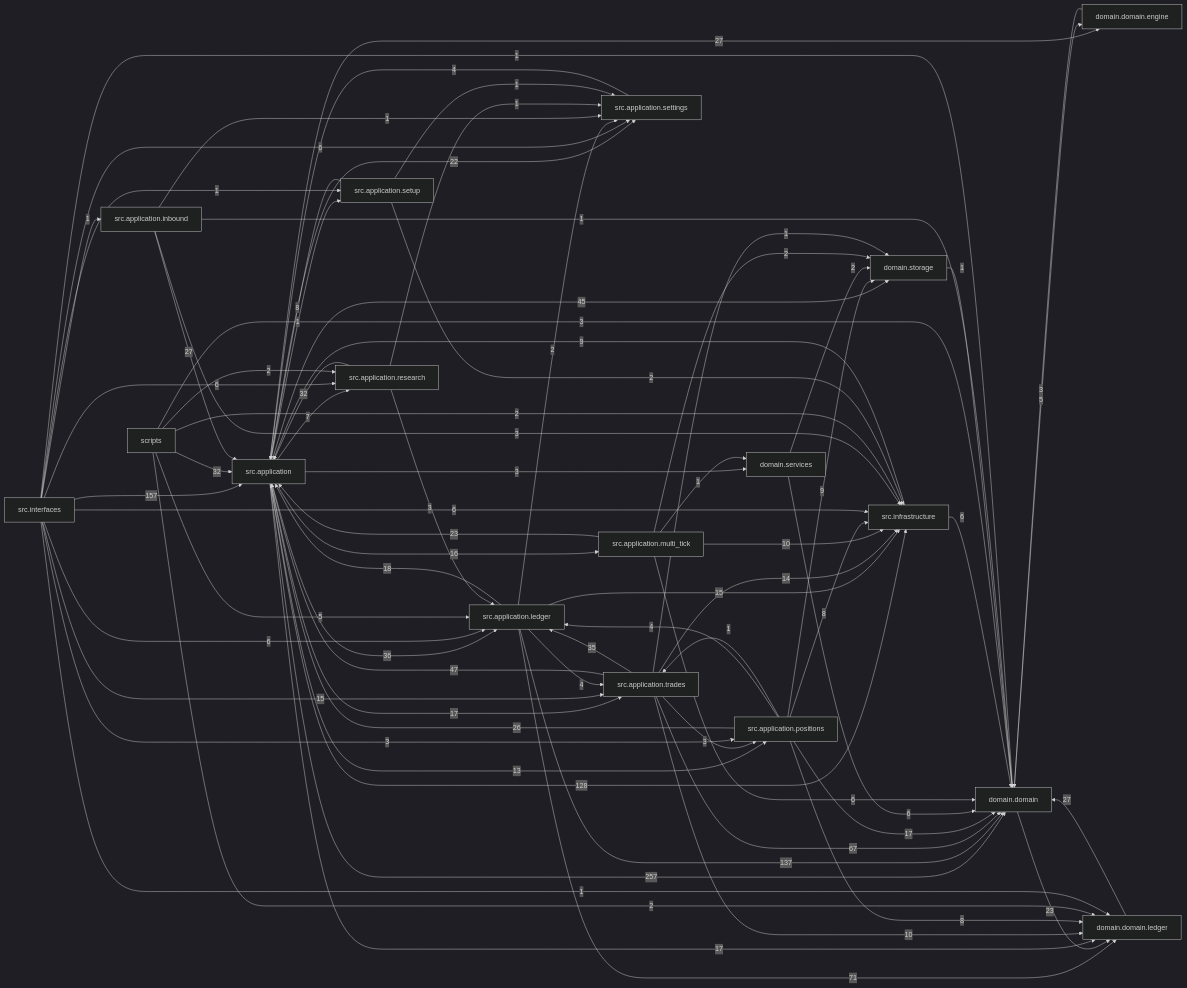
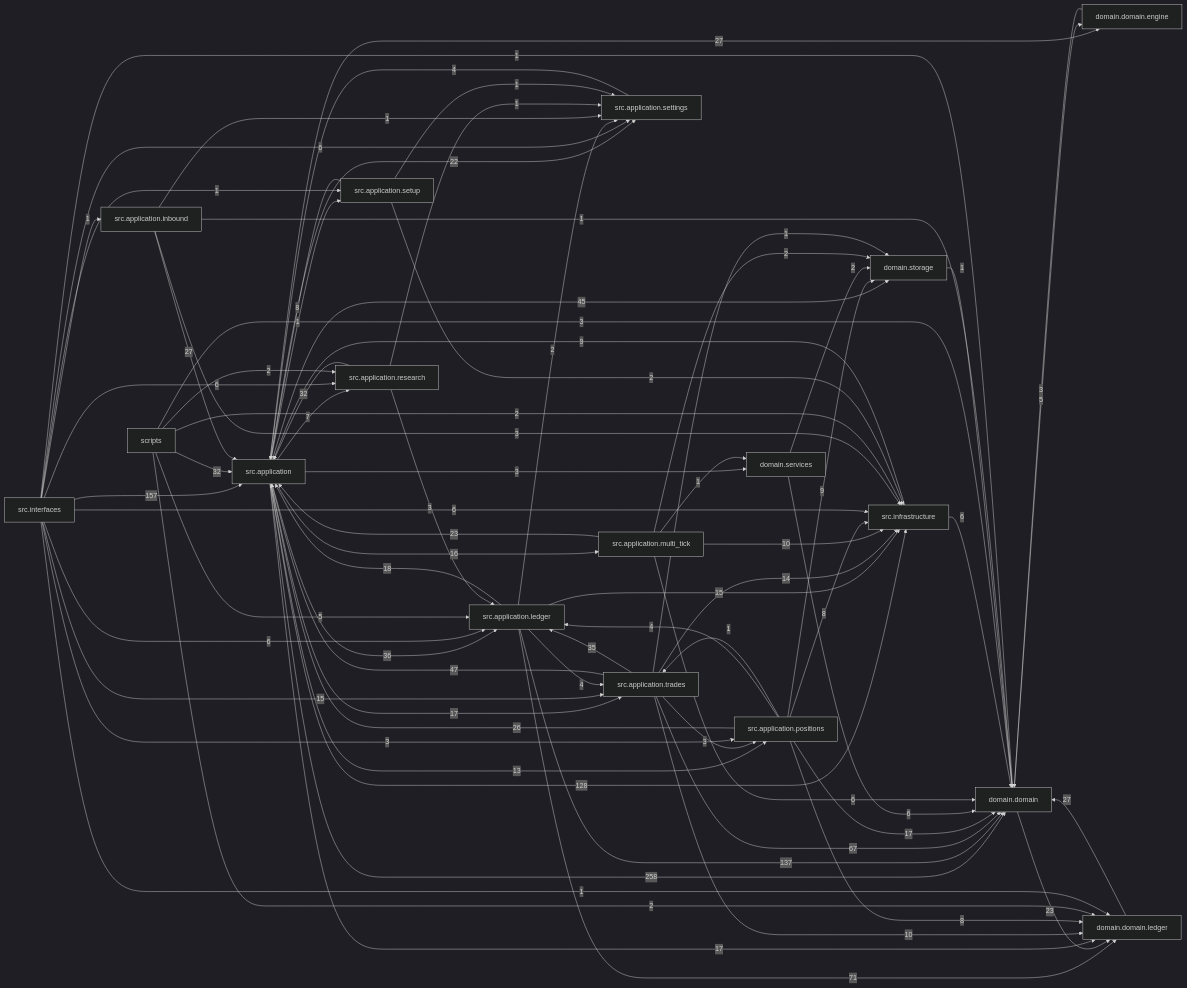
Before and after one commit to liuxie066/options-monitor: the diagram in docs/dependency_graph.mmd, drawn with Mermaid (dark theme). The commit also changed 14 other files, not shown here.

```diff
--- a/docs/dependency_graph.mmd
+++ b/docs/dependency_graph.mmd
@@ -1,76 +1,76 @@
 flowchart LR
-  src_application["src.application"] -->|257| domain_domain["domain.domain"]
+  src_application["src.application"] -->|258| domain_domain["domain.domain"]
   src_interfaces["src.interfaces"] -->|157| src_application["src.application"]
   src_application_ledger["src.application.ledger"] -->|137| domain_domain["domain.domain"]
   src_application["src.application"] -->|128| src_infrastructure["src.infrastructure"]
   src_application_ledger["src.application.ledger"] -->|71| domain_domain_ledger["domain.domain.ledger"]
   src_application_trades["src.application.trades"] -->|67| domain_domain["domain.domain"]
   src_application_trades["src.application.trades"] -->|47| src_application["src.application"]
   src_application["src.application"] -->|45| domain_storage["domain.storage"]
   src_application["src.application"] -->|36| src_application_ledger["src.application.ledger"]
   src_application_trades["src.application.trades"] -->|35| src_application_ledger["src.application.ledger"]
   scripts["scripts"] -->|32| src_application["src.application"]
   src_application_research["src.application.research"] -->|32| src_application["src.application"]
   domain_domain_ledger["domain.domain.ledger"] -->|27| domain_domain["domain.domain"]
   src_application["src.application"] -->|27| domain_domain_engine["domain.domain.engine"]
   src_application_inbound["src.application.inbound"] -->|27| src_application["src.application"]
   src_application_positions["src.application.positions"] -->|26| src_application["src.application"]
   domain_domain["domain.domain"] -->|23| domain_domain_ledger["domain.domain.ledger"]
   src_application_multi_tick["src.application.multi_tick"] -->|23| src_application["src.application"]
   src_application["src.application"] -->|22| src_application_settings["src.application.settings"]
   src_application_ledger["src.application.ledger"] -->|18| src_application["src.application"]
   src_application["src.application"] -->|17| domain_domain_ledger["domain.domain.ledger"]
   src_application["src.application"] -->|17| src_application_trades["src.application.trades"]
   src_application_positions["src.application.positions"] -->|17| domain_domain["domain.domain"]
   src_application["src.application"] -->|16| src_application_multi_tick["src.application.multi_tick"]
   src_application_ledger["src.application.ledger"] -->|15| src_infrastructure["src.infrastructure"]
   src_interfaces["src.interfaces"] -->|15| src_application_trades["src.application.trades"]
   src_application_trades["src.application.trades"] -->|14| src_infrastructure["src.infrastructure"]
   src_application["src.application"] -->|13| src_application_positions["src.application.positions"]
   src_application_multi_tick["src.application.multi_tick"] -->|10| src_infrastructure["src.infrastructure"]
   src_application_trades["src.application.trades"] -->|10| domain_domain_ledger["domain.domain.ledger"]
   src_application_positions["src.application.positions"] -->|9| domain_storage["domain.storage"]
   src_infrastructure["src.infrastructure"] -->|9| src_application["src.application"]
   src_application_positions["src.application.positions"] -->|8| domain_domain_ledger["domain.domain.ledger"]
   src_application_positions["src.application.positions"] -->|8| src_infrastructure["src.infrastructure"]
   src_application_setup["src.application.setup"] -->|8| src_application["src.application"]
   src_application["src.application"] -->|7| src_application_research["src.application.research"]
   domain_services["domain.services"] -->|6| domain_domain["domain.domain"]
   src_application_multi_tick["src.application.multi_tick"] -->|6| domain_domain["domain.domain"]
   src_infrastructure["src.infrastructure"] -->|6| domain_domain["domain.domain"]
   src_interfaces["src.interfaces"] -->|6| src_application_ledger["src.application.ledger"]
   src_interfaces["src.interfaces"] -->|6| src_application_research["src.application.research"]
   src_interfaces["src.interfaces"] -->|6| src_application_settings["src.application.settings"]
   src_interfaces["src.interfaces"] -->|6| src_infrastructure["src.infrastructure"]
   domain_domain["domain.domain"] -->|5| domain_domain_engine["domain.domain.engine"]
   scripts["scripts"] -->|5| src_application_ledger["src.application.ledger"]
   src_application_ledger["src.application.ledger"] -->|4| src_application_trades["src.application.trades"]
   src_application_positions["src.application.positions"] -->|4| src_application_ledger["src.application.ledger"]
   src_application_settings["src.application.settings"] -->|4| src_application["src.application"]
   domain_domain_engine["domain.domain.engine"] -->|3| domain_domain["domain.domain"]
   scripts["scripts"] -->|3| domain_domain["domain.domain"]
   src_application["src.application"] -->|3| domain_services["domain.services"]
   src_application_inbound["src.application.inbound"] -->|3| src_infrastructure["src.infrastructure"]
   src_application_research["src.application.research"] -->|3| src_application_ledger["src.application.ledger"]
   src_application_trades["src.application.trades"] -->|3| src_application_positions["src.application.positions"]
   src_interfaces["src.interfaces"] -->|3| src_application_positions["src.application.positions"]
   domain_services["domain.services"] -->|2| domain_storage["domain.storage"]
   scripts["scripts"] -->|2| domain_domain_ledger["domain.domain.ledger"]
   scripts["scripts"] -->|2| src_application_research["src.application.research"]
   scripts["scripts"] -->|2| src_infrastructure["src.infrastructure"]
   src_application_ledger["src.application.ledger"] -->|2| src_application_settings["src.application.settings"]
   src_application_multi_tick["src.application.multi_tick"] -->|2| domain_storage["domain.storage"]
   src_application_setup["src.application.setup"] -->|2| src_infrastructure["src.infrastructure"]
   domain_storage["domain.storage"] -->|1| domain_domain["domain.domain"]
   src_application["src.application"] -->|1| src_application_setup["src.application.setup"]
   src_application_inbound["src.application.inbound"] -->|1| domain_domain["domain.domain"]
   src_application_inbound["src.application.inbound"] -->|1| src_application_settings["src.application.settings"]
   src_application_multi_tick["src.application.multi_tick"] -->|1| domain_services["domain.services"]
   src_application_positions["src.application.positions"] -->|1| src_application_trades["src.application.trades"]
   src_application_research["src.application.research"] -->|1| src_application_settings["src.application.settings"]
   src_application_setup["src.application.setup"] -->|1| src_application_settings["src.application.settings"]
   src_application_trades["src.application.trades"] -->|1| domain_storage["domain.storage"]
   src_interfaces["src.interfaces"] -->|1| domain_domain["domain.domain"]
   src_interfaces["src.interfaces"] -->|1| domain_domain_ledger["domain.domain.ledger"]
   src_interfaces["src.interfaces"] -->|1| src_application_inbound["src.application.inbound"]
   src_interfaces["src.interfaces"] -->|1| src_application_setup["src.application.setup"]
```
